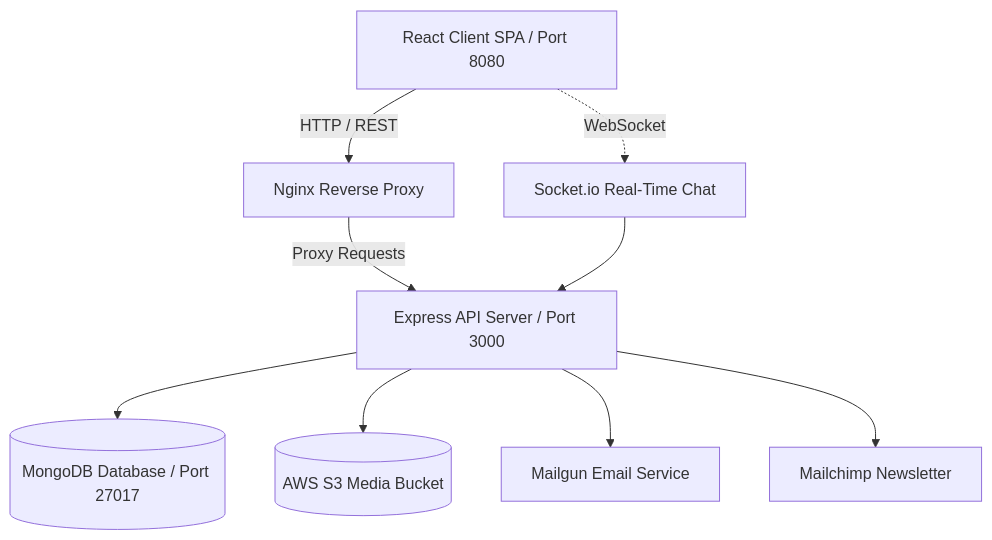
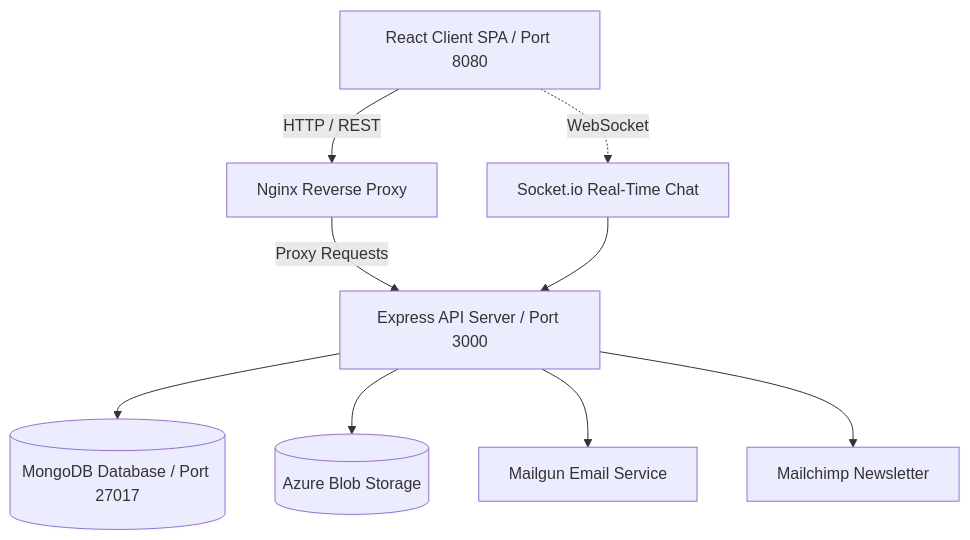
The diagram in README.md (itsonlyTushar/ecom-devops), drawn with Mermaid before and after one commit. The commit also changed other lines of this file and 11 other files, not shown here.

````diff
--- a/README.md
+++ b/README.md
@@ -60,11 +62,11 @@
 ```mermaid
 graph TD
     Client[React Client SPA / Port 8080] -->|HTTP / REST| Nginx[Nginx Reverse Proxy]
     Nginx -->|Proxy Requests| Server[Express API Server / Port 3000]
     Client -.->|WebSocket| Socket[Socket.io Real-Time Chat]
     Socket --> Server
     Server --> MongoDB[(MongoDB Database / Port 27017)]
-    Server --> S3[(AWS S3 Media Bucket)]
+    Server --> AzureStorage[(Azure Blob Storage)]
     Server --> Mailgun[Mailgun Email Service]
     Server --> Mailchimp[Mailchimp Newsletter]
 ```
````
